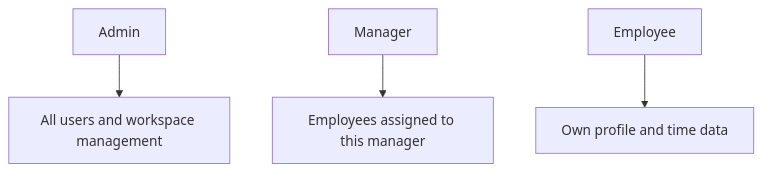
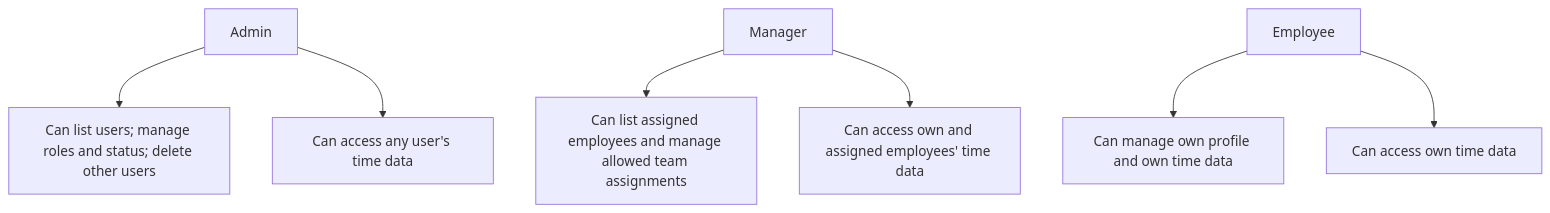
One commit to Ousama31/time_manager changed the fourth of 9 diagrams in backend/project/backend_overview.md. Above: the diagram before and after it, drawn with Mermaid. The commit also changed other lines of this file, not shown here.

Commit message:
docs: expand backend architecture overview

````diff
--- a/backend/project/backend_overview.md
+++ b/backend/project/backend_overview.md
@@ -84,6 +144,9 @@
 ```mermaid
 flowchart TD
-  Admin[Admin] --> AllUsers[All users and workspace management]
-  Manager[Manager] --> Team[Employees assigned to this manager]
-  Employee[Employee] --> OwnData[Own profile and time data]
+  Admin[Admin] --> AdminActions[Can list users; manage roles and status; delete other users]
+  Manager[Manager] --> TeamActions[Can list assigned employees and manage allowed team assignments]
+  Employee[Employee] --> SelfActions[Can manage own profile and own time data]
+  Admin --> TimeData[Can access any user's time data]
+  Manager --> TeamData[Can access own and assigned employees' time data]
+  Employee --> OwnTime[Can access own time data]
 ```
````
